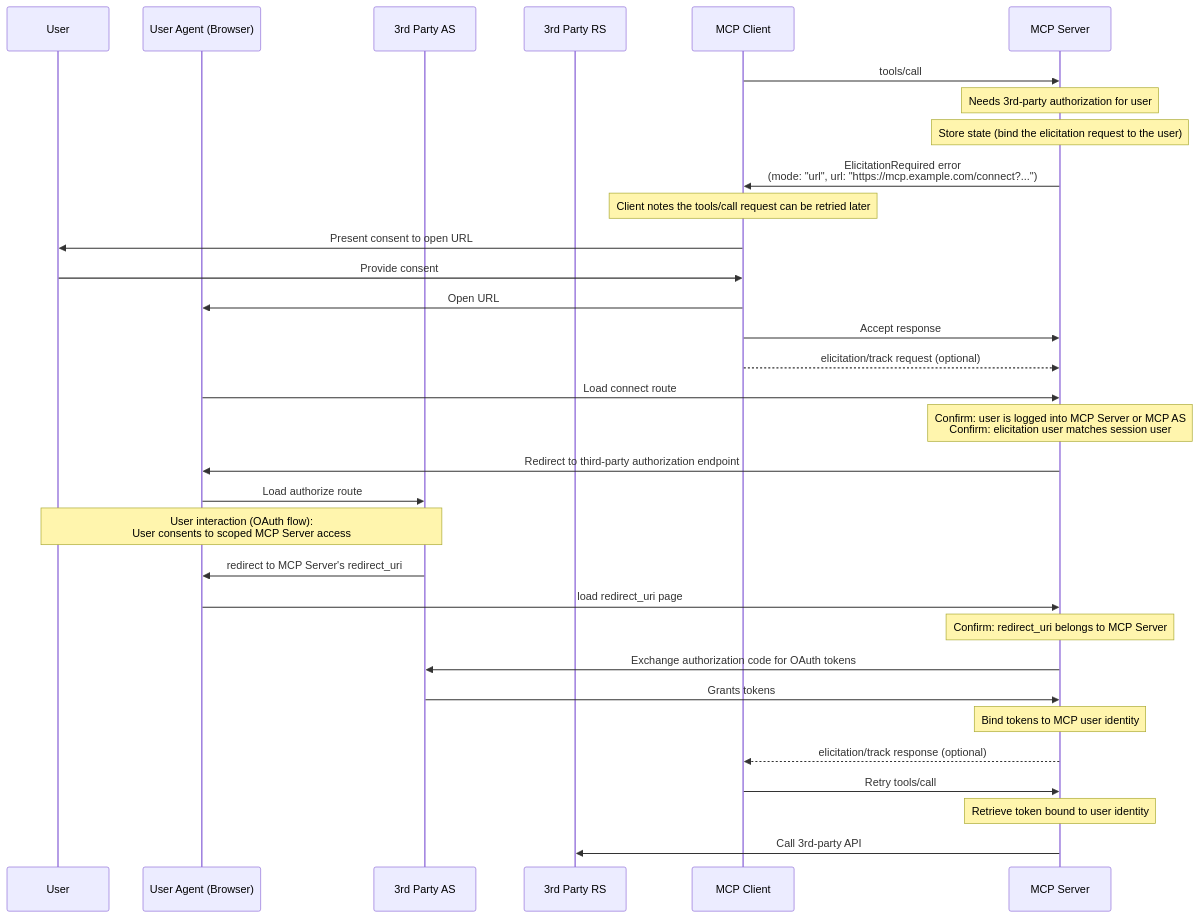
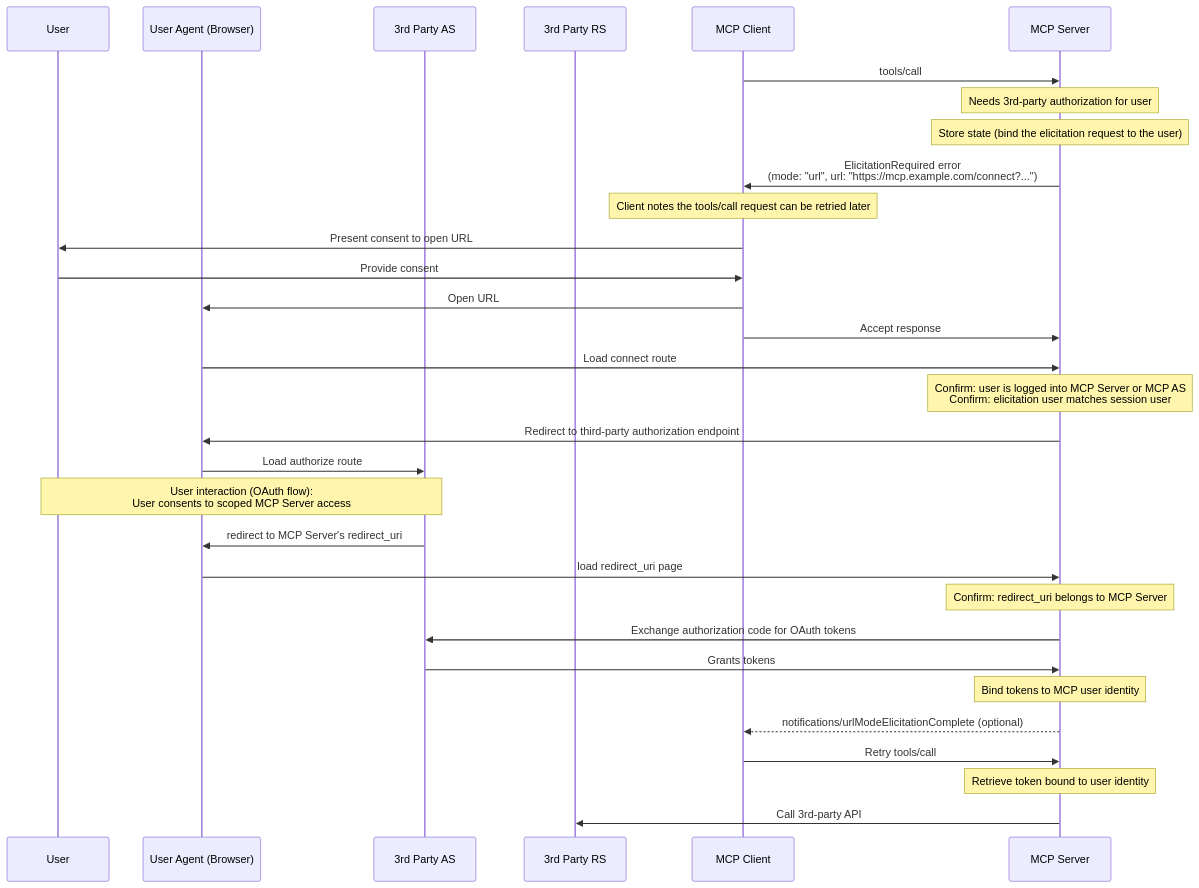
One commit to modelcontextprotocol/modelcontextprotocol changed the fourth of 4 diagrams in docs/specification/draft/client/elicitation.mdx. Above: the diagram before and after it, drawn with Mermaid. The commit also changed other lines of this file and 3 other files, not shown here.

````diff
--- a/docs/specification/draft/client/elicitation.mdx
+++ b/docs/specification/draft/client/elicitation.mdx
@@ -611,35 +579,34 @@
 ```mermaid
 sequenceDiagram
     participant User
     participant UserAgent as User Agent (Browser)
     participant 3AS as 3rd Party AS
     participant 3RS as 3rd Party RS
     participant Client as MCP Client
     participant Server as MCP Server
 
     Client->>Server: tools/call
     Note over Server: Needs 3rd-party authorization for user
     Note over Server: Store state (bind the elicitation request to the user)
     Server->>Client: ElicitationRequired error<br> (mode: "url", url: "https://mcp.example.com/connect?...")
     Note over Client: Client notes the tools/call request can be retried later
     Client->>User: Present consent to open URL
     User->>Client: Provide consent
     Client->>UserAgent: Open URL
     Client->>Server: Accept response
-    Client-->>Server: elicitation/track request (optional)
     UserAgent->>Server: Load connect route
     Note over Server: Confirm: user is logged into MCP Server or MCP AS<br>Confirm: elicitation user matches session user
     Server->>UserAgent: Redirect to third-party authorization endpoint
     UserAgent->>3AS: Load authorize route
     Note over 3AS,User: User interaction (OAuth flow):<br>User consents to scoped MCP Server access
     3AS->>UserAgent: redirect to MCP Server's redirect_uri
     UserAgent->>Server: load redirect_uri page
     Note over Server: Confirm: redirect_uri belongs to MCP Server
     Server->>3AS: Exchange authorization code for  OAuth tokens
     3AS->>Server: Grants tokens
     Note over Server: Bind tokens to MCP user identity
-    Server-->>Client: elicitation/track response (optional)
+    Server-->>Client: notifications/urlModeElicitationComplete (optional)
     Client->>Server: Retry tools/call
     Note over Server: Retrieve token bound to user identity
     Server->>3RS: Call 3rd-party API
 ```
````
